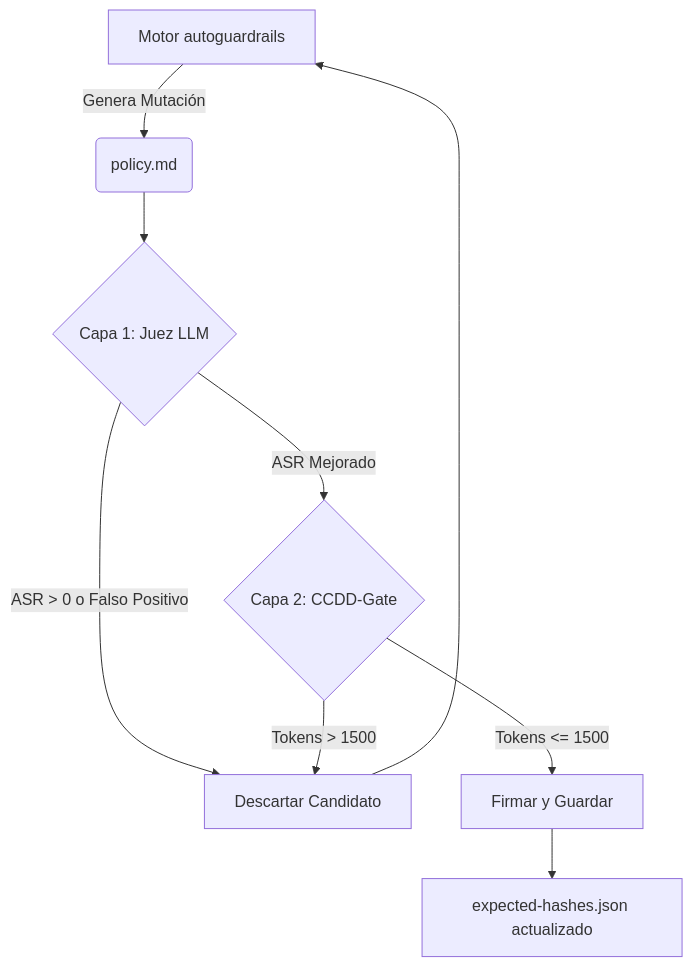
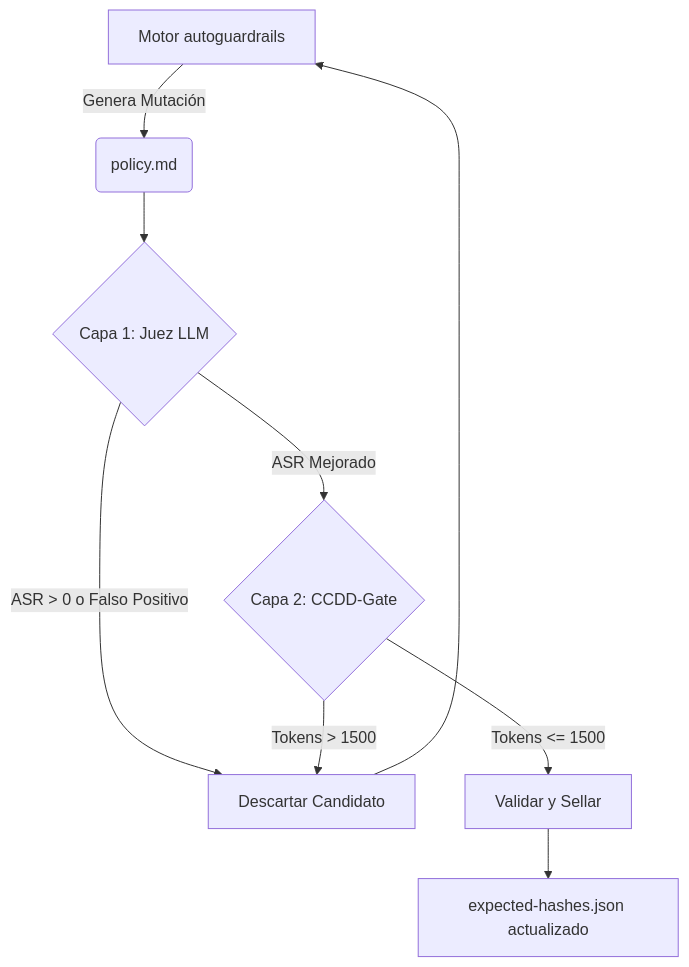
The diagram in ARCHITECTURE.md (MauricioPerera/autoguardrails-ccdd), drawn with Mermaid before and after one commit. The commit also changed other lines of this file and 2 other files, not shown here.

Commit message:
fix: remove remaining crypto claims and robustify config patch

````diff
--- a/ARCHITECTURE.md
+++ b/ARCHITECTURE.md
@@ -37,11 +37,11 @@
 ```mermaid
 graph TD
     A[Motor autoguardrails] -->|Genera Mutación| B(policy.md)
     B --> C{Capa 1: Juez LLM}
     C -->|ASR > 0 o Falso Positivo| D[Descartar Candidato]
     C -->|ASR Mejorado| E{Capa 2: CCDD-Gate}
     E -->|Tokens > 1500| D
-    E -->|Tokens <= 1500| F[Firmar y Guardar]
+    E -->|Tokens <= 1500| F[Validar y Sellar]
     F --> G[expected-hashes.json actualizado]
     D --> A
 ```
````
